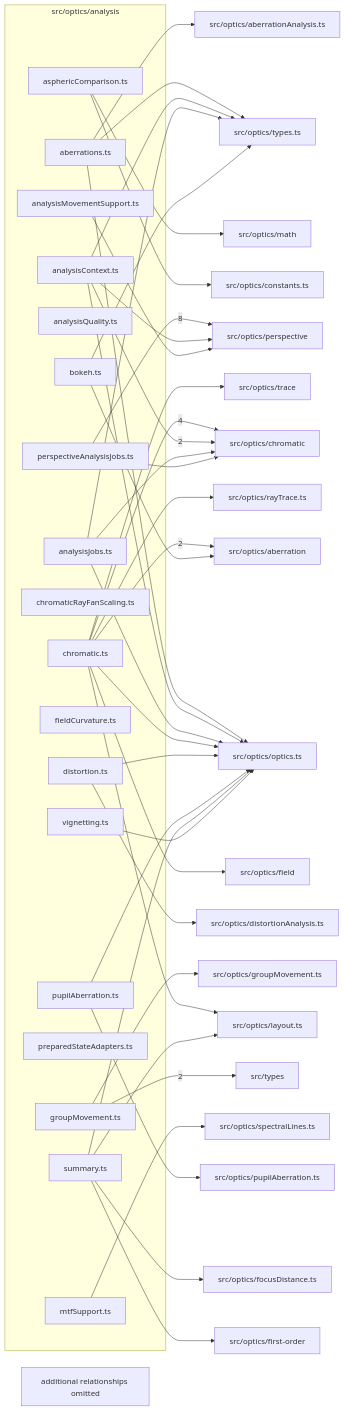
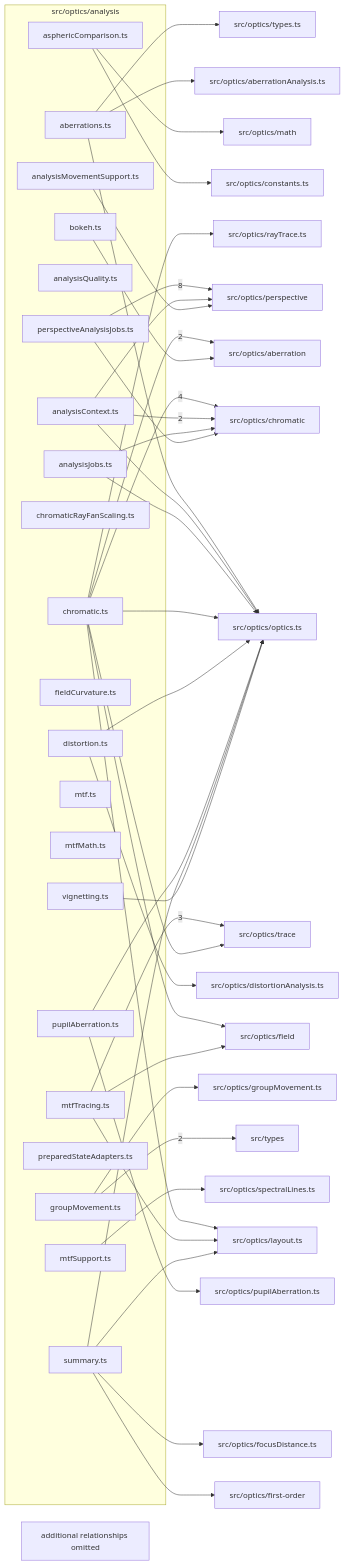
Before and after one commit to ronbuening/LensVisualizer: the diagram in src/optics/analysis/readme.md, drawn with Mermaid. The commit also changed other lines of this file and 11 other files, not shown here.

````diff
--- a/src/optics/analysis/readme.md
+++ b/src/optics/analysis/readme.md
@@ -9,79 +9,82 @@
 ```mermaid
 flowchart LR
   subgraph n_src_optics_analysis["src/optics/analysis"]
     n_src_optics_analysis_src_optics_analysis_aberrations_ts["aberrations.ts"]
     n_src_optics_analysis_src_optics_analysis_analysisContext_ts["analysisContext.ts"]
     n_src_optics_analysis_src_optics_analysis_analysisJobs_ts["analysisJobs.ts"]
     n_src_optics_analysis_src_optics_analysis_analysisMovementSupport_ts["analysisMovementSupport.ts"]
     n_src_optics_analysis_src_optics_analysis_analysisQuality_ts["analysisQuality.ts"]
     n_src_optics_analysis_src_optics_analysis_asphericComparison_ts["asphericComparison.ts"]
     n_src_optics_analysis_src_optics_analysis_bokeh_ts["bokeh.ts"]
     n_src_optics_analysis_src_optics_analysis_chromatic_ts["chromatic.ts"]
     n_src_optics_analysis_src_optics_analysis_chromaticRayFanScaling_ts["chromaticRayFanScaling.ts"]
     n_src_optics_analysis_src_optics_analysis_distortion_ts["distortion.ts"]
     n_src_optics_analysis_src_optics_analysis_fieldCurvature_ts["fieldCurvature.ts"]
     n_src_optics_analysis_src_optics_analysis_groupMovement_ts["groupMovement.ts"]
+    n_src_optics_analysis_src_optics_analysis_mtf_ts["mtf.ts"]
+    n_src_optics_analysis_src_optics_analysis_mtfMath_ts["mtfMath.ts"]
     n_src_optics_analysis_src_optics_analysis_mtfSupport_ts["mtfSupport.ts"]
+    n_src_optics_analysis_src_optics_analysis_mtfTracing_ts["mtfTracing.ts"]
     n_src_optics_analysis_src_optics_analysis_perspectiveAnalysisJobs_ts["perspectiveAnalysisJobs.ts"]
     n_src_optics_analysis_src_optics_analysis_preparedStateAdapters_ts["preparedStateAdapters.ts"]
     n_src_optics_analysis_src_optics_analysis_pupilAberration_ts["pupilAberration.ts"]
     n_src_optics_analysis_src_optics_analysis_summary_ts["summary.ts"]
     n_src_optics_analysis_src_optics_analysis_vignetting_ts["vignetting.ts"]
   end
   n_external_src_optics_perspective["src/optics/perspective"]
   n_external_src_optics_chromatic["src/optics/chromatic"]
+  n_external_src_optics_trace["src/optics/trace"]
   n_external_src_optics_aberration["src/optics/aberration"]
   n_external_src_types["src/types"]
   n_external_src_optics_aberrationAnalysis_ts["src/optics/aberrationAnalysis.ts"]
   n_external_src_optics_constants_ts["src/optics/constants.ts"]
   n_external_src_optics_distortionAnalysis_ts["src/optics/distortionAnalysis.ts"]
   n_external_src_optics_field["src/optics/field"]
   n_external_src_optics_first_order["src/optics/first-order"]
   n_external_src_optics_focusDistance_ts["src/optics/focusDistance.ts"]
   n_external_src_optics_groupMovement_ts["src/optics/groupMovement.ts"]
   n_external_src_optics_layout_ts["src/optics/layout.ts"]
   n_external_src_optics_math["src/optics/math"]
   n_external_src_optics_optics_ts["src/optics/optics.ts"]
   n_external_src_optics_pupilAberration_ts["src/optics/pupilAberration.ts"]
   n_external_src_optics_rayTrace_ts["src/optics/rayTrace.ts"]
   n_external_src_optics_spectralLines_ts["src/optics/spectralLines.ts"]
-  n_external_src_optics_trace["src/optics/trace"]
   n_external_src_optics_types_ts["src/optics/types.ts"]
   n_src_optics_analysis_src_optics_analysis_perspectiveAnalysisJobs_ts --> |8| n_external_src_optics_perspective
   n_src_optics_analysis_src_optics_analysis_chromatic_ts --> |4| n_external_src_optics_chromatic
+  n_src_optics_analysis_src_optics_analysis_mtfTracing_ts --> |3| n_external_src_optics_trace
   n_src_optics_analysis_src_optics_analysis_chromatic_ts --> |2| n_external_src_optics_aberration
   n_src_optics_analysis_src_optics_analysis_analysisContext_ts --> |2| n_external_src_optics_chromatic
   n_src_optics_analysis_src_optics_analysis_groupMovement_ts --> |2| n_external_src_types
   n_src_optics_analysis_src_optics_analysis_bokeh_ts --> n_external_src_optics_aberration
   n_src_optics_analysis_src_optics_analysis_aberrations_ts --> n_external_src_optics_aberrationAnalysis_ts
   n_src_optics_analysis_src_optics_analysis_analysisJobs_ts --> n_external_src_optics_chromatic
   n_src_optics_analysis_src_optics_analysis_perspectiveAnalysisJobs_ts --> n_external_src_optics_chromatic
   n_src_optics_analysis_src_optics_analysis_asphericComparison_ts --> n_external_src_optics_constants_ts
   n_src_optics_analysis_src_optics_analysis_distortion_ts --> n_external_src_optics_distortionAnalysis_ts
   n_src_optics_analysis_src_optics_analysis_chromatic_ts --> n_external_src_optics_field
+  n_src_optics_analysis_src_optics_analysis_mtfTracing_ts --> n_external_src_optics_field
   n_src_optics_analysis_src_optics_analysis_summary_ts --> n_external_src_optics_first_order
   n_src_optics_analysis_src_optics_analysis_summary_ts --> n_external_src_optics_focusDistance_ts
   n_src_optics_analysis_src_optics_analysis_groupMovement_ts --> n_external_src_optics_groupMovement_ts
   n_src_optics_analysis_src_optics_analysis_chromatic_ts --> n_external_src_optics_layout_ts
+  n_src_optics_analysis_src_optics_analysis_mtfTracing_ts --> n_external_src_optics_layout_ts
   n_src_optics_analysis_src_optics_analysis_summary_ts --> n_external_src_optics_layout_ts
   n_src_optics_analysis_src_optics_analysis_asphericComparison_ts --> n_external_src_optics_math
   n_src_optics_analysis_src_optics_analysis_aberrations_ts --> n_external_src_optics_optics_ts
   n_src_optics_analysis_src_optics_analysis_analysisContext_ts --> n_external_src_optics_optics_ts
   n_src_optics_analysis_src_optics_analysis_analysisJobs_ts --> n_external_src_optics_optics_ts
   n_src_optics_analysis_src_optics_analysis_chromatic_ts --> n_external_src_optics_optics_ts
   n_src_optics_analysis_src_optics_analysis_distortion_ts --> n_external_src_optics_optics_ts
   n_src_optics_analysis_src_optics_analysis_pupilAberration_ts --> n_external_src_optics_optics_ts
   n_src_optics_analysis_src_optics_analysis_summary_ts --> n_external_src_optics_optics_ts
   n_src_optics_analysis_src_optics_analysis_vignetting_ts --> n_external_src_optics_optics_ts
   n_src_optics_analysis_src_optics_analysis_analysisContext_ts --> n_external_src_optics_perspective
   n_src_optics_analysis_src_optics_analysis_analysisMovementSupport_ts --> n_external_src_optics_perspective
   n_src_optics_analysis_src_optics_analysis_pupilAberration_ts --> n_external_src_optics_pupilAberration_ts
   n_src_optics_analysis_src_optics_analysis_chromatic_ts --> n_external_src_optics_rayTrace_ts
   n_src_optics_analysis_src_optics_analysis_mtfSupport_ts --> n_external_src_optics_spectralLines_ts
   n_src_optics_analysis_src_optics_analysis_chromatic_ts --> n_external_src_optics_trace
   n_src_optics_analysis_src_optics_analysis_aberrations_ts --> n_external_src_optics_types_ts
-  n_src_optics_analysis_src_optics_analysis_analysisContext_ts --> n_external_src_optics_types_ts
-  n_src_optics_analysis_src_optics_analysis_analysisJobs_ts --> n_external_src_optics_types_ts
-  n_src_optics_analysis_src_optics_analysis_bokeh_ts --> n_external_src_optics_types_ts
   n_src_optics_analysis_truncated["additional relationships omitted"]
 ```
````
